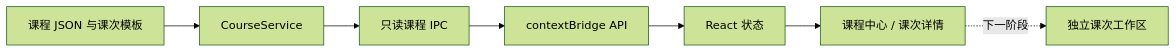
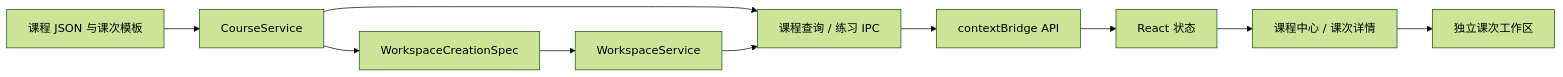
Before and after one commit to PanGucheng/robotdog-studio: the diagram in docs/mcu-course-framework-architecture.md, drawn with Mermaid (forest theme). The commit also changed other lines of this file and 41 other files, not shown here.

````diff
--- a/docs/mcu-course-framework-architecture.md
+++ b/docs/mcu-course-framework-architecture.md
@@ -23,9 +24,12 @@
 ```mermaid
 flowchart LR
   Files["课程 JSON 与课次模板"] --> CourseService["CourseService"]
-  CourseService --> IPC["只读课程 IPC"]
+  CourseService --> Spec["WorkspaceCreationSpec"]
+  Spec --> WorkspaceService["WorkspaceService"]
+  CourseService --> IPC["课程查询 / 练习 IPC"]
+  WorkspaceService --> IPC
   IPC --> Preload["contextBridge API"]
   Preload --> App["React 状态"]
   App --> Center["课程中心 / 课次详情"]
-  Center -. 下一阶段 .-> Workspace["独立课次工作区"]
+  Center --> Workspace["独立课次工作区"]
 ```
````
